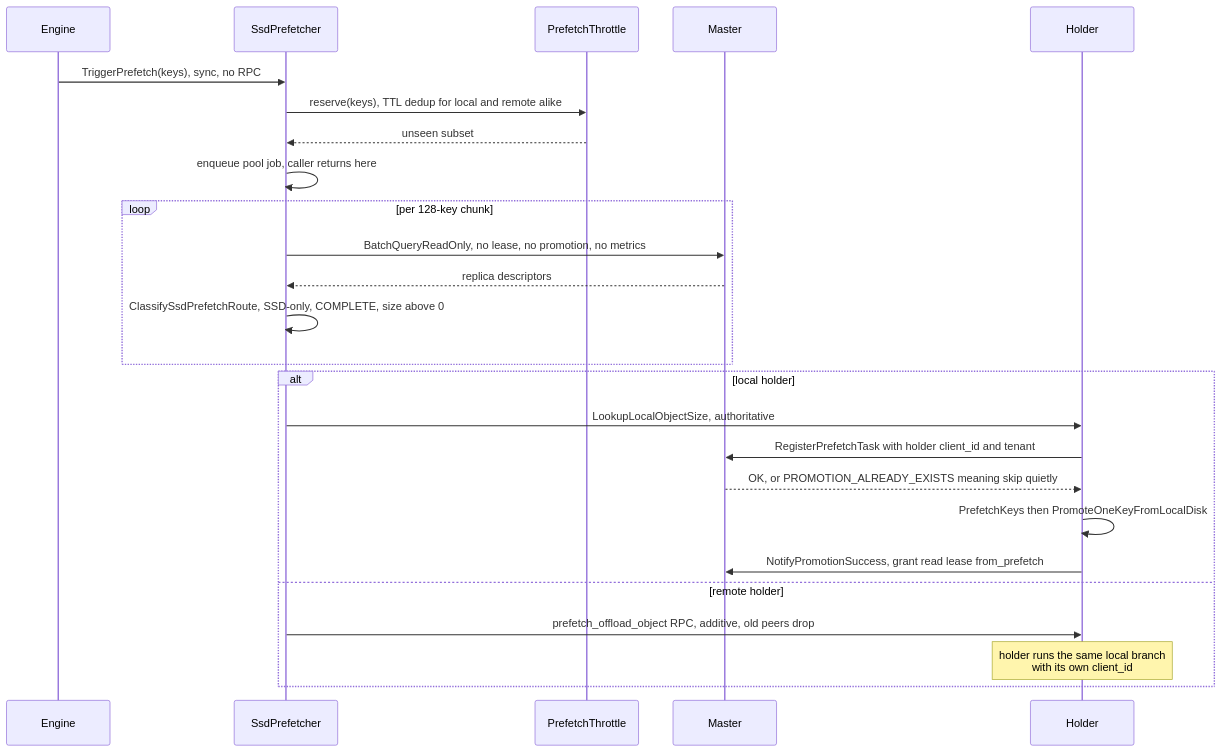
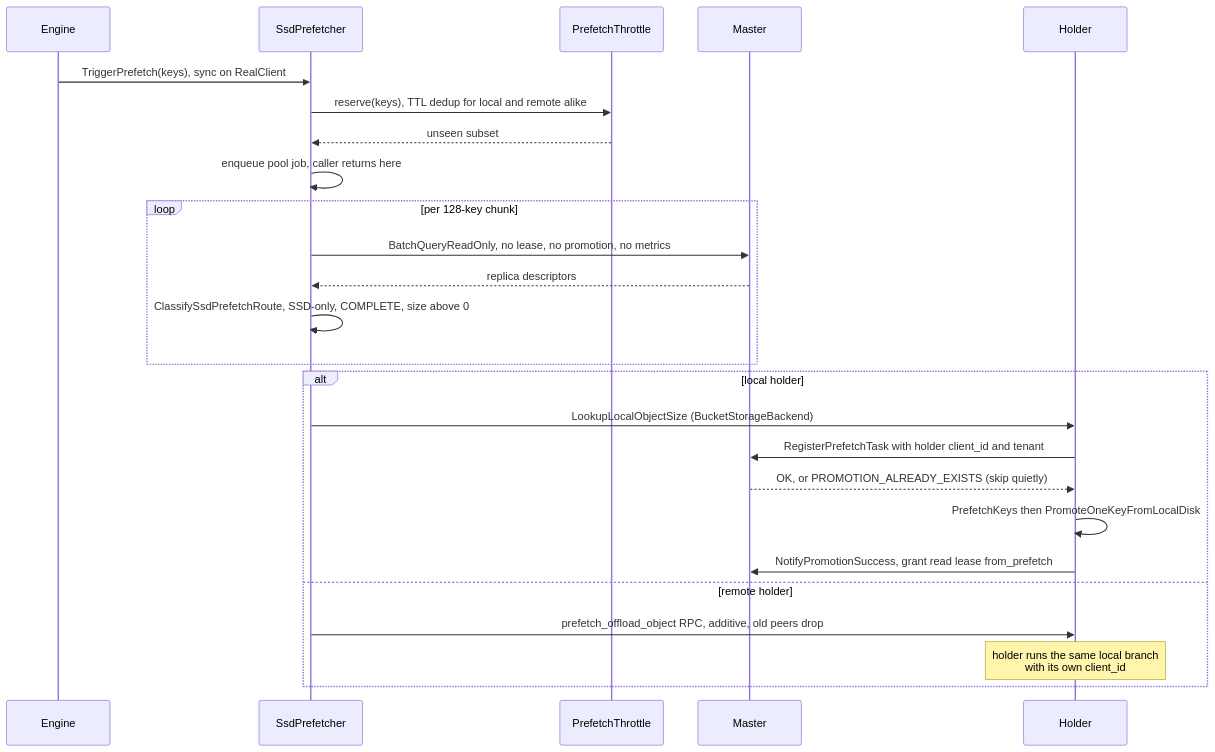
The second of 5 diagrams in docs/source/design/store/ssd-prefetch.md (kvcache-ai/Mooncake), drawn with Mermaid before and after one commit. The commit also changed other lines of this file and 1 other file, not shown here.

First line of the commit message:
[Doc] Update SSD free-ratio allocation and prefetch design docs

````diff
--- a/docs/source/design/store/ssd-prefetch.md
+++ b/docs/source/design/store/ssd-prefetch.md
@@ -157,28 +74,28 @@
 ```mermaid
 sequenceDiagram
     participant E as Engine
     participant P as SsdPrefetcher
     participant T as PrefetchThrottle
     participant M as Master
     participant H as Holder
 
-    E->>P: TriggerPrefetch(keys), sync, no RPC
+    E->>P: TriggerPrefetch(keys), sync on RealClient
     P->>T: reserve(keys), TTL dedup for local and remote alike
     T-->>P: unseen subset
     P->>P: enqueue pool job, caller returns here
     loop per 128-key chunk
         P->>M: BatchQueryReadOnly, no lease, no promotion, no metrics
         M-->>P: replica descriptors
         P->>P: ClassifySsdPrefetchRoute, SSD-only, COMPLETE, size above 0
     end
     alt local holder
-        P->>H: LookupLocalObjectSize, authoritative
+        P->>H: LookupLocalObjectSize (BucketStorageBackend)
         H->>M: RegisterPrefetchTask with holder client_id and tenant
-        M-->>H: OK, or PROMOTION_ALREADY_EXISTS meaning skip quietly
+        M-->>H: OK, or PROMOTION_ALREADY_EXISTS (skip quietly)
         H->>H: PrefetchKeys then PromoteOneKeyFromLocalDisk
         H->>M: NotifyPromotionSuccess, grant read lease from_prefetch
     else remote holder
         P->>H: prefetch_offload_object RPC, additive, old peers drop
         Note over H: holder runs the same local branch<br/>with its own client_id
     end
 ```
````
